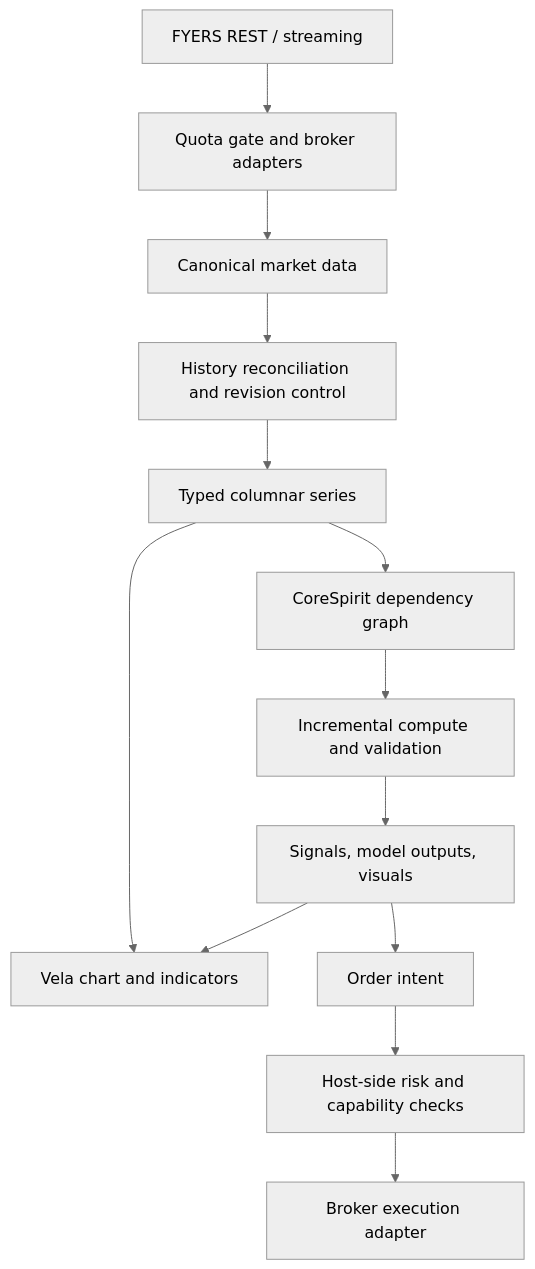
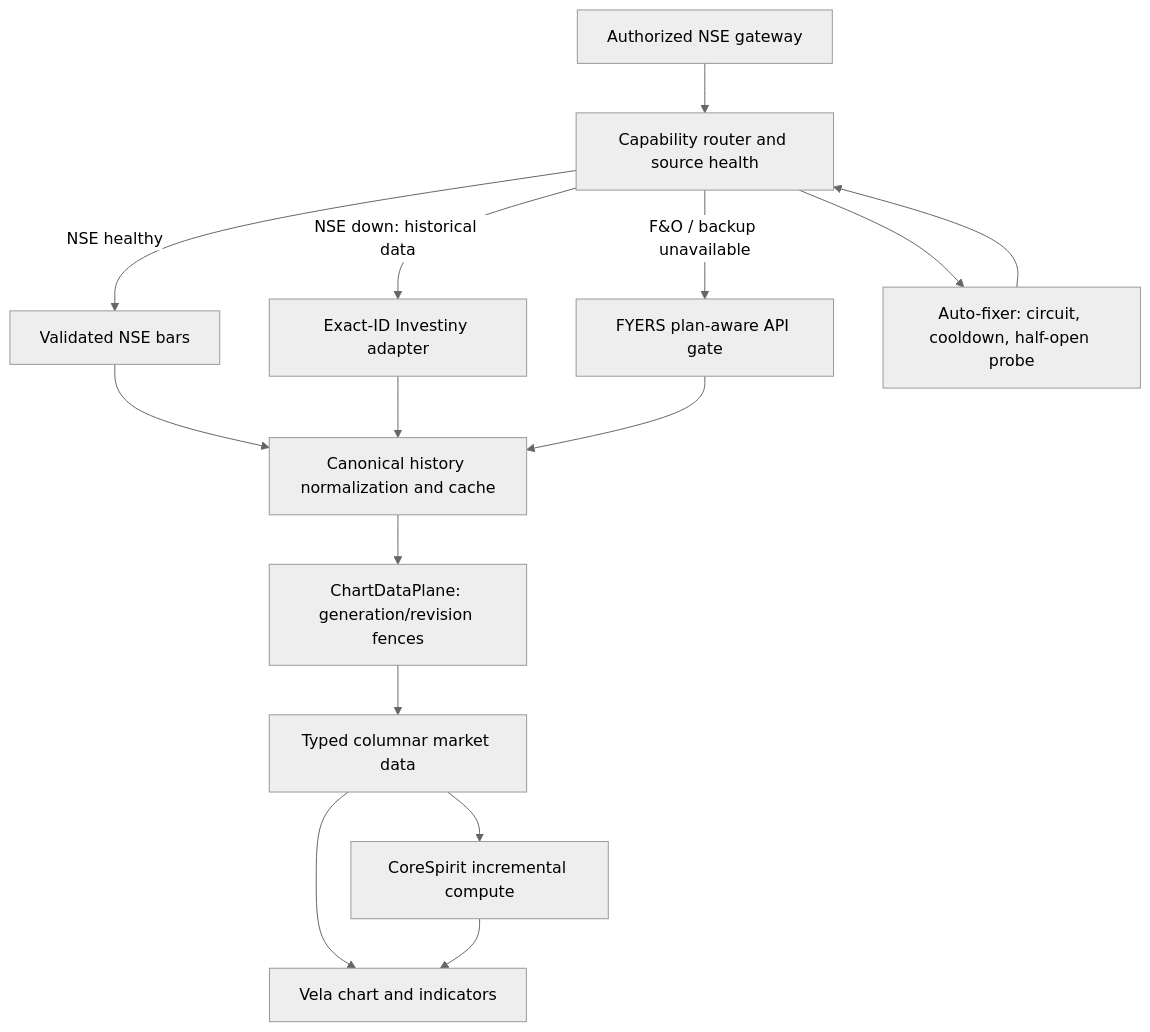
The diagram in docs/MARKET_DATA_FLOW.md (khvsreddy-code/TradingcoreOS), drawn with Mermaid (neutral theme) before and after one commit. The commit also changed other lines of this file, not shown here.

Commit message:
docs(market-data): map canonical provider recovery path

```diff
--- a/docs/MARKET_DATA_FLOW.md
+++ b/docs/MARKET_DATA_FLOW.md
@@ -5,15 +5,17 @@
 ~~~mermaid
 flowchart TD
-  A[FYERS REST / streaming] --> B[Quota gate and broker adapters]
-  B --> C[Canonical market data]
-  C --> D[History reconciliation and revision control]
-  D --> E[Typed columnar series]
-  E --> F[CoreSpirit dependency graph]
-  F --> G[Incremental compute and validation]
-  G --> H[Signals, model outputs, visuals]
-  E --> I[Vela chart and indicators]
-  H --> I
-  H --> J[Order intent]
-  J --> K[Host-side risk and capability checks]
-  K --> L[Broker execution adapter]
+  A[Authorized NSE gateway] --> R[Capability router and source health]
+  R -->|NSE healthy| N[Validated NSE bars]
+  R -->|NSE down: historical data| I[Exact-ID Investiny adapter]
+  R -->|F&O / backup unavailable| F[FYERS plan-aware API gate]
+  N --> C[Canonical history normalization and cache]
+  I --> C
+  F --> C
+  C --> D[ChartDataPlane: generation/revision fences]
+  D --> E[Typed columnar market data]
+  E --> G[CoreSpirit incremental compute]
+  E --> H[Vela chart and indicators]
+  G --> H
+  R --> X[Auto-fixer: circuit, cooldown, half-open probe]
+  X --> R
 ~~~
```
